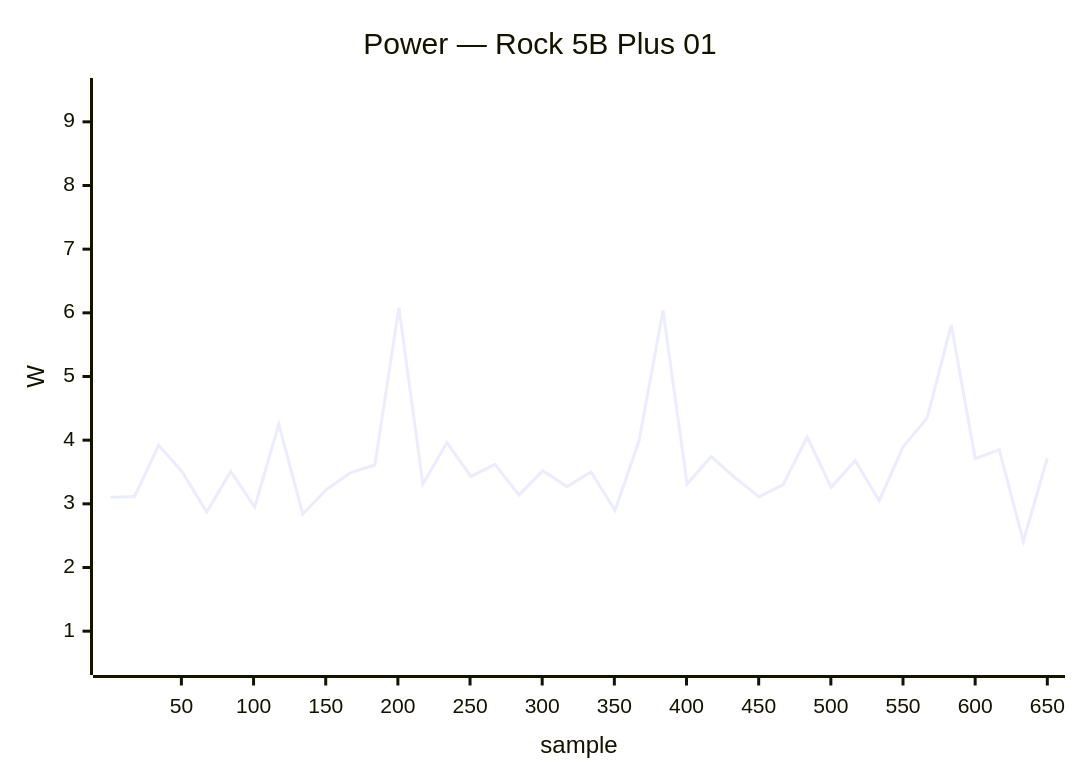
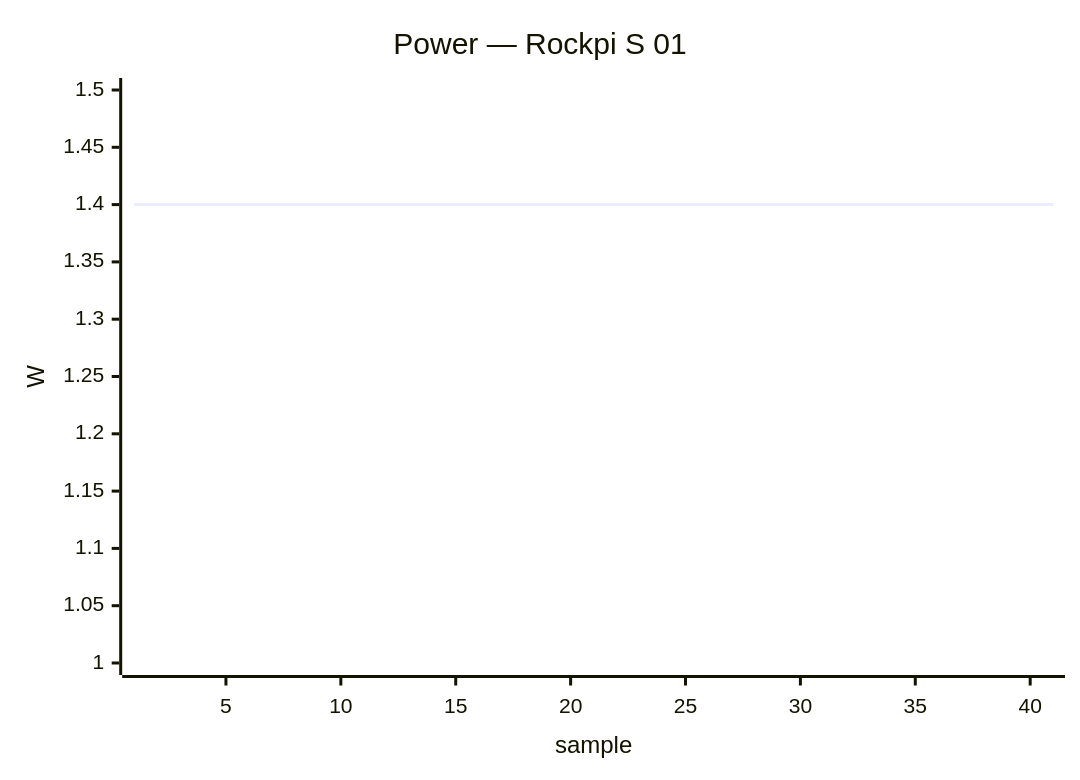
Before and after one commit to armbian/documentation: the seventh of 35 diagrams in docs/status/board-tests.md, drawn with Mermaid. The commit also changed other lines of this file, not shown here.

````diff
--- a/docs/status/board-tests.md
+++ b/docs/status/board-tests.md
@@ -237,7 +387,7 @@
 ```mermaid
 xychart-beta
-    title "Power — Rock 5B Plus 01"
-    x-axis "sample" 1 --> 650
-    y-axis "W" 0.5 --> 9.5
-    line [3.10, 3.12, 3.92, 3.49, 2.87, 3.51, 2.95, 4.25, 2.84, 3.23, 3.49, 3.61, 6.08, 3.31, 3.96, 3.43, 3.62, 3.14, 3.52, 3.27, 3.50, 2.90, 3.99, 6.04, 3.31, 3.74, 3.41, 3.11, 3.30, 4.05, 3.26, 3.68, 3.05, 3.90, 4.35, 5.81, 3.71, 3.85, 2.41, 3.72]
+    title "Power — Rockpi S 01"
+    x-axis "sample" 1 --> 41
+    y-axis "W" 1.0 --> 1.5
+    line [1.40, 1.40, 1.40, 1.40, 1.40, 1.40, 1.40, 1.40, 1.40, 1.40, 1.40, 1.40, 1.40, 1.40, 1.40, 1.40, 1.40, 1.40, 1.40, 1.40, 1.40, 1.40, 1.40, 1.40, 1.40, 1.40, 1.40, 1.40, 1.40, 1.40, 1.40, 1.40, 1.40, 1.40, 1.40, 1.40, 1.40, 1.40, 1.40, 1.40]
 ```
````
